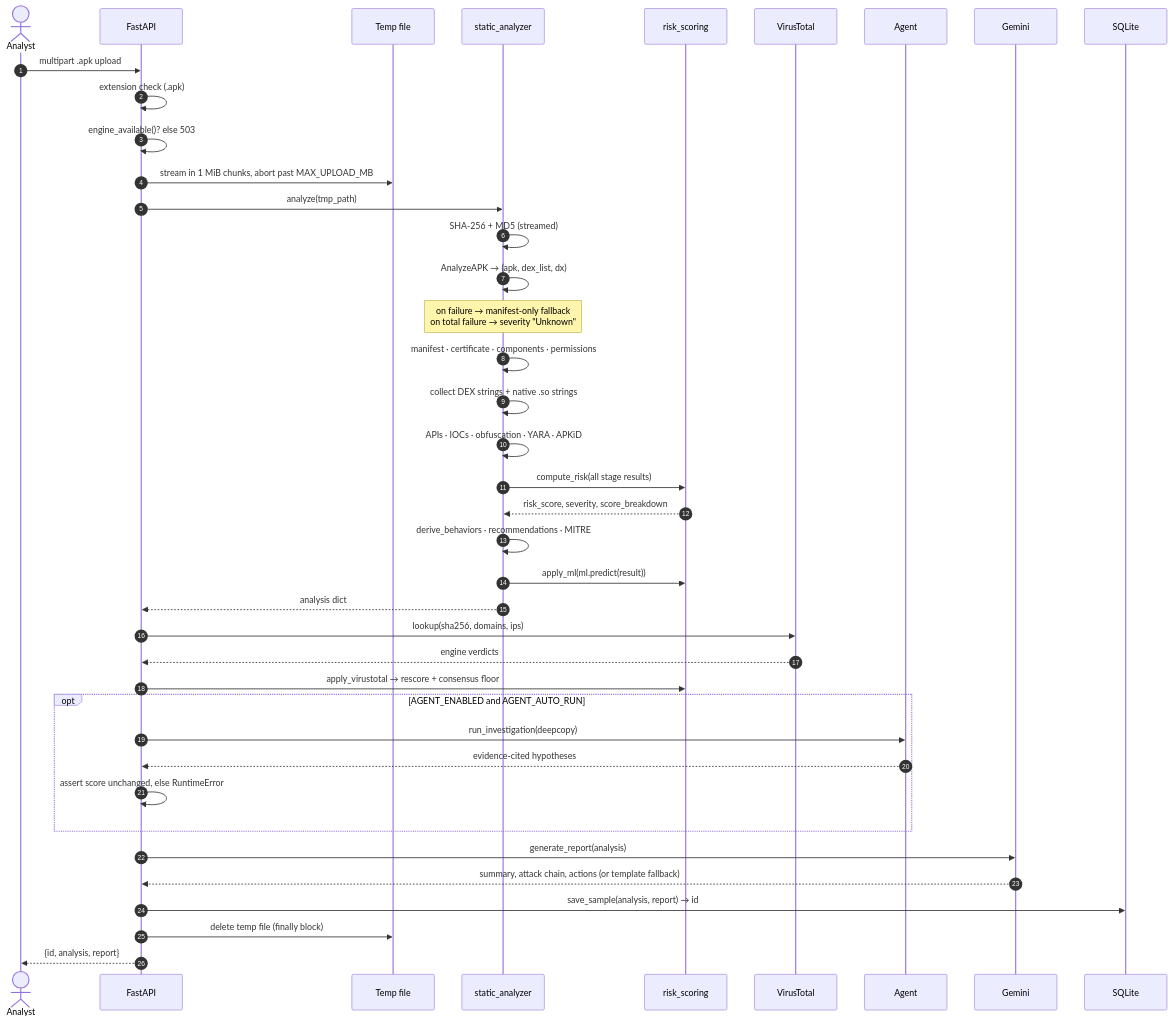
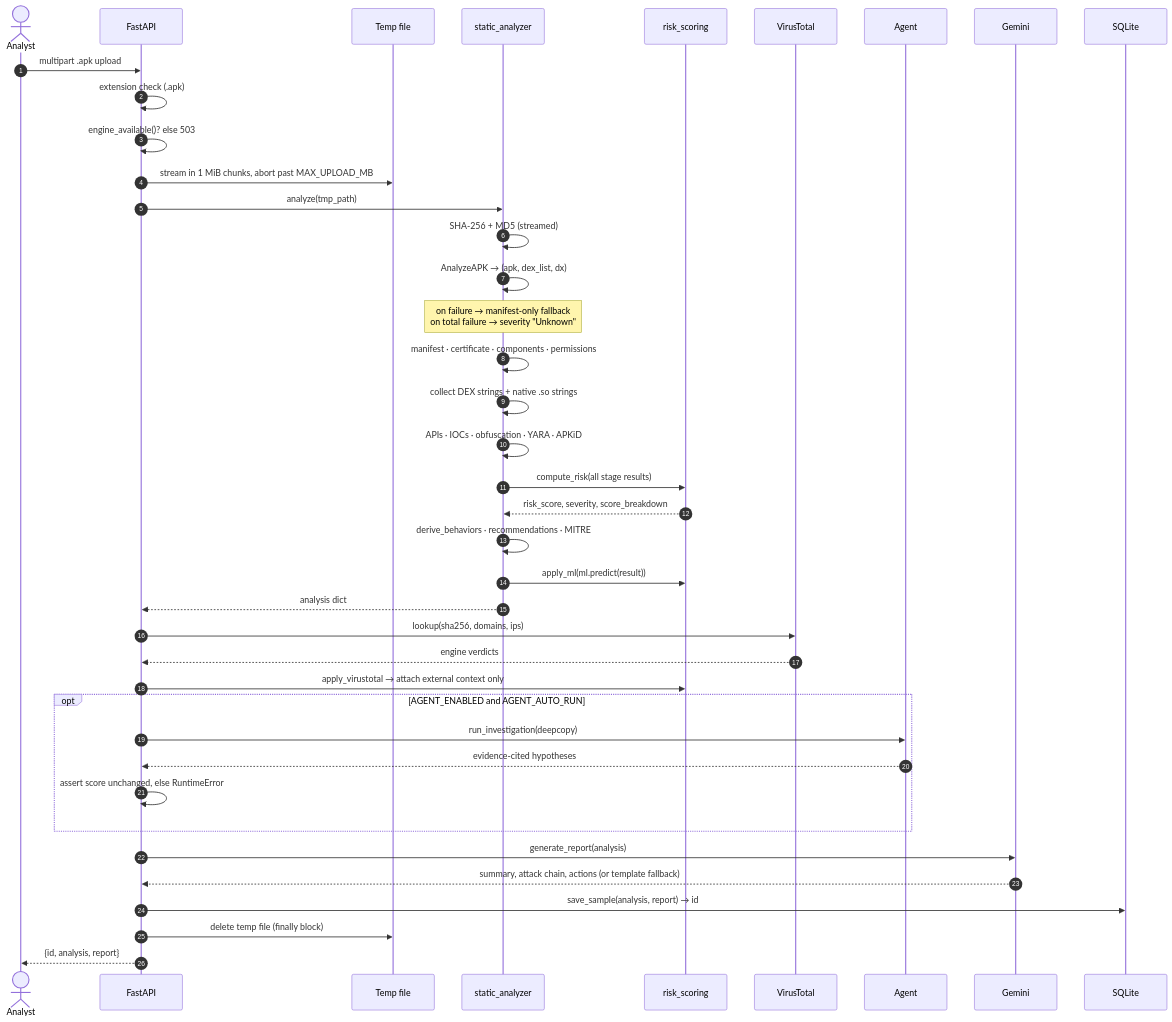
Before and after one commit to IntrosWorld/androshield: the second of 3 diagrams in docs/03-architecture.md, drawn with Mermaid. The commit also changed 68 other files, not shown here.

````diff
--- a/docs/03-architecture.md
+++ b/docs/03-architecture.md
@@ -155,43 +155,43 @@
 ```mermaid
 sequenceDiagram
     autonumber
     actor U as Analyst
     participant API as FastAPI
     participant FS as Temp file
     participant SA as static_analyzer
     participant RS as risk_scoring
     participant VT as VirusTotal
     participant AG as Agent
     participant GM as Gemini
     participant DB as SQLite
 
     U->>API: multipart .apk upload
     API->>API: extension check (.apk)
     API->>API: engine_available()? else 503
     API->>FS: stream in 1 MiB chunks, abort past MAX_UPLOAD_MB
     API->>SA: analyze(tmp_path)
     SA->>SA: SHA-256 + MD5 (streamed)
     SA->>SA: AnalyzeAPK → (apk, dex_list, dx)
     Note over SA: on failure → manifest-only fallback<br/>on total failure → severity "Unknown"
     SA->>SA: manifest · certificate · components · permissions
     SA->>SA: collect DEX strings + native .so strings
     SA->>SA: APIs · IOCs · obfuscation · YARA · APKiD
     SA->>RS: compute_risk(all stage results)
     RS-->>SA: risk_score, severity, score_breakdown
     SA->>SA: derive_behaviors · recommendations · MITRE
     SA->>RS: apply_ml(ml.predict(result))
     SA-->>API: analysis dict
     API->>VT: lookup(sha256, domains, ips)
     VT-->>API: engine verdicts
-    API->>RS: apply_virustotal → rescore + consensus floor
+    API->>RS: apply_virustotal → attach external context only
     opt AGENT_ENABLED and AGENT_AUTO_RUN
         API->>AG: run_investigation(deepcopy)
         AG-->>API: evidence-cited hypotheses
         API->>API: assert score unchanged, else RuntimeError
     end
     API->>GM: generate_report(analysis)
     GM-->>API: summary, attack chain, actions (or template fallback)
     API->>DB: save_sample(analysis, report) → id
     API->>FS: delete temp file (finally block)
     API-->>U: {id, analysis, report}
 ```
````
